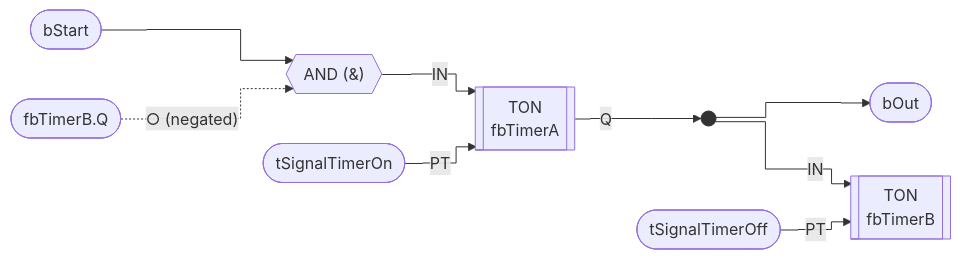
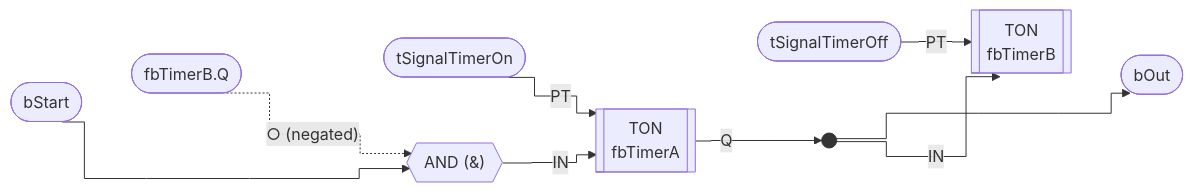
One commit to crissoll/pou2md changed the second of 2 diagrams in tests/expected/FB_Blinker.md. Above: the diagram before and after it, drawn with Mermaid. The commit also changed 6 other files, not shown here.

````diff
--- a/tests/expected/FB_Blinker.md
+++ b/tests/expected/FB_Blinker.md
@@ -24,34 +24,38 @@
 ```mermaid
 %%{ init: { 'flowchart': { 'curve': 'step' } } }%%
 flowchart LR
     %% --- Operands / Variables ---
     bStart(["bStart"])
     fbTimerBQ(["fbTimerB.Q"])
     tSignalTimerOn(["tSignalTimerOn"])
     tSignalTimerOff(["tSignalTimerOff"])
 
     %% --- Function Blocks & Operators ---
     TON_B[["TON
     fbTimerB"]]
     TON_A[["TON
     fbTimerA"]]
     AND1{{"AND (&)"}}
 
     %% --- Bifurcation Junctions ---
     J_TON_A_Q(( )):::junction
 
     %% --- Outputs ---
     bOut(["bOut"])
 
+    %% --- Vertical Rank Alignment ---
+    bStart ~~~ fbTimerBQ ~~~ tSignalTimerOn ~~~ tSignalTimerOff
+    TON_B ~~~ bOut
+
     %% --- Wiring ---
     AND1 -- "IN" --> TON_A
     bStart --> AND1
     fbTimerBQ -. "○ (negated)" .-> AND1
     tSignalTimerOn -- "PT" --> TON_A
     TON_A -- "Q" --> J_TON_A_Q
     J_TON_A_Q --> bOut
     J_TON_A_Q -- "IN" --> TON_B
     tSignalTimerOff -- "PT" --> TON_B
 
     classDef junction fill:#333,stroke:#333,width:6px,height:6px
 ```
````
